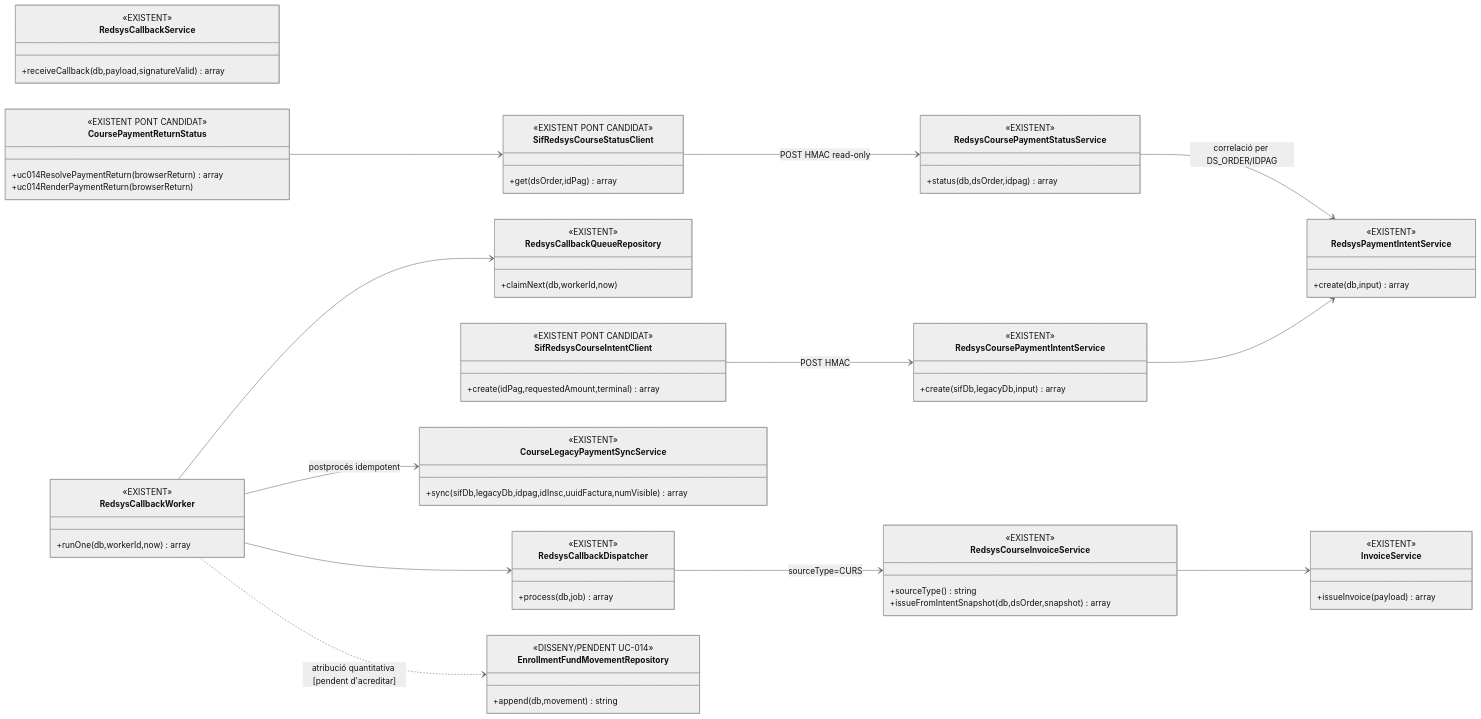
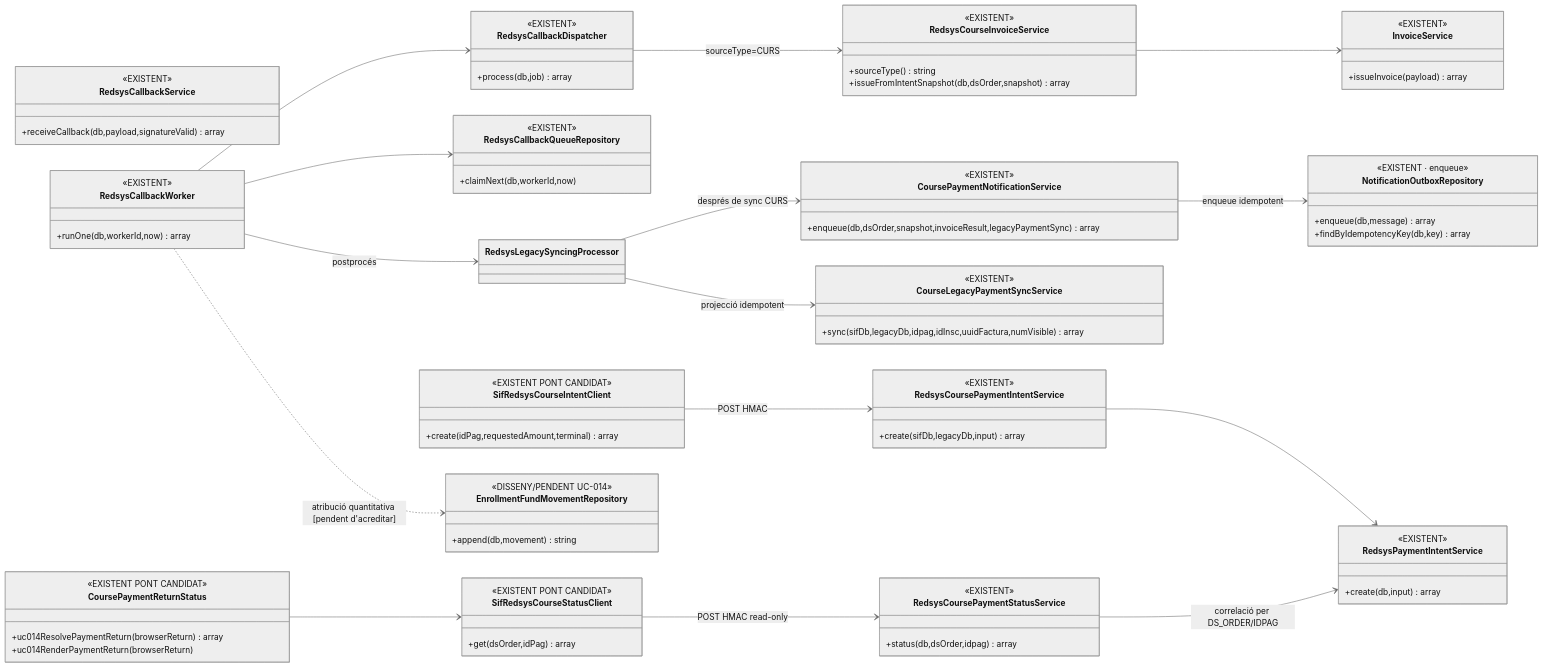
The second of 2 diagrams in documentacio/07-uml-integrat/uc-014-classes-actual-final.md (orgmeriemprismacat-del/verifactu), drawn with Mermaid (neutral theme) before and after one commit. The commit also changed other lines of this file, not shown here.

Commit message:
docs(UC-014): afegeix classes outbox CURS

```diff
--- a/documentacio/07-uml-integrat/uc-014-classes-actual-final.md
+++ b/documentacio/07-uml-integrat/uc-014-classes-actual-final.md
@@ -165,6 +165,17 @@
   +sync(sifDb,legacyDb,idpag,idInsc,uuidFactura,numVisible) array
 }
 
+class CoursePaymentNotificationService {
+  <<EXISTENT>>
+  +enqueue(db,dsOrder,snapshot,invoiceResult,legacyPaymentSync) array
+}
+
+class NotificationOutboxRepository {
+  <<EXISTENT · enqueue>>
+  +enqueue(db,message) array
+  +findByIdempotencyKey(db,key) array
+}
+
 class RedsysCoursePaymentStatusService {
   <<EXISTENT>>
   +status(db,dsOrder,idpag) array
@@ -192,7 +203,10 @@
 RedsysCallbackWorker --> RedsysCallbackDispatcher
 RedsysCallbackDispatcher --> RedsysCourseInvoiceService : sourceType=CURS
 RedsysCourseInvoiceService --> InvoiceService
-RedsysCallbackWorker --> CourseLegacyPaymentSyncService : postprocés idempotent
+RedsysCallbackWorker --> RedsysLegacySyncingProcessor : postprocés
+RedsysLegacySyncingProcessor --> CourseLegacyPaymentSyncService : projecció idempotent
+RedsysLegacySyncingProcessor --> CoursePaymentNotificationService : després de sync CURS
+CoursePaymentNotificationService --> NotificationOutboxRepository : enqueue idempotent
 CoursePaymentReturnStatus --> SifRedsysCourseStatusClient
 SifRedsysCourseStatusClient --> RedsysCoursePaymentStatusService : POST HMAC read-only
 RedsysCoursePaymentStatusService --> RedsysPaymentIntentService : correlació per DS_ORDER/IDPAG
```
